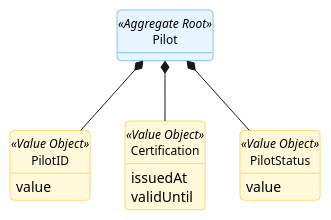
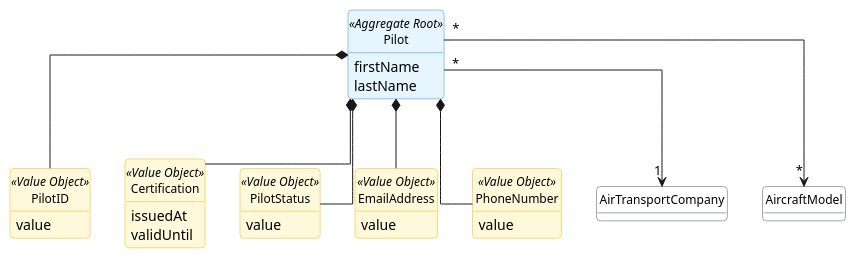
One commit to GustavoFerreira24/flight-management-platform changed the diagram in docs/global-artifacts/02.analysis/puml/Aggregates/PilotAggregate.puml. Above: the diagram before and after it, drawn with PlantUML. The commit also changed 28 other files, not shown here.

```diff
--- a/docs/global-artifacts/02.analysis/puml/Aggregates/PilotAggregate.puml
+++ b/docs/global-artifacts/02.analysis/puml/Aggregates/PilotAggregate.puml
@@ -1,46 +1,60 @@
 @startuml
 skinparam {
     BackgroundColor white
     RoundCorner 8
     Shadowing false
     Handwritten false
     ClassAttributeIconSize 0
+    linetype ortho
 
     ClassBackgroundColor white
     ClassBorderColor #495057
     ClassFontSize 12
 
     ClassBackgroundColor<<Aggregate Root>> #E7F5FF
     ClassBorderColor<<Aggregate Root>> #228BE6
 
     ClassBackgroundColor<<Value Object>> #FFF9DB
     ClassBorderColor<<Value Object>> #FAB005
 
     ClassBackgroundColor<<Entity>> #F3F0FF
     ClassBorderColor<<Entity>> #7950F2
 }
 hide circle
 hide methods
 
-
- class Pilot <<Aggregate Root>>{
+    class Pilot <<Aggregate Root>>{
+        firstName
+        lastName
     }
 
     class PilotID <<Value Object>> {
         value
     }
 
     class Certification <<Value Object>> {
         issuedAt
         validUntil
     }
 
     class PilotStatus <<Value Object>> {
         value
     }
 
+    class EmailAddress <<Value Object>> {
+          value
+    }
+
+    class PhoneNumber <<Value Object>> {
+          value
+    }
+
     Pilot *-- PilotID
+    Pilot *-- PilotStatus
     Pilot *-- Certification
-    Pilot *-- PilotStatus
+    Pilot *-- EmailAddress
+    Pilot *-- PhoneNumber
 
+    Pilot "*" --> "1" AirTransportCompany
+    Pilot "*" --> "*" AircraftModel
 @enduml
```
